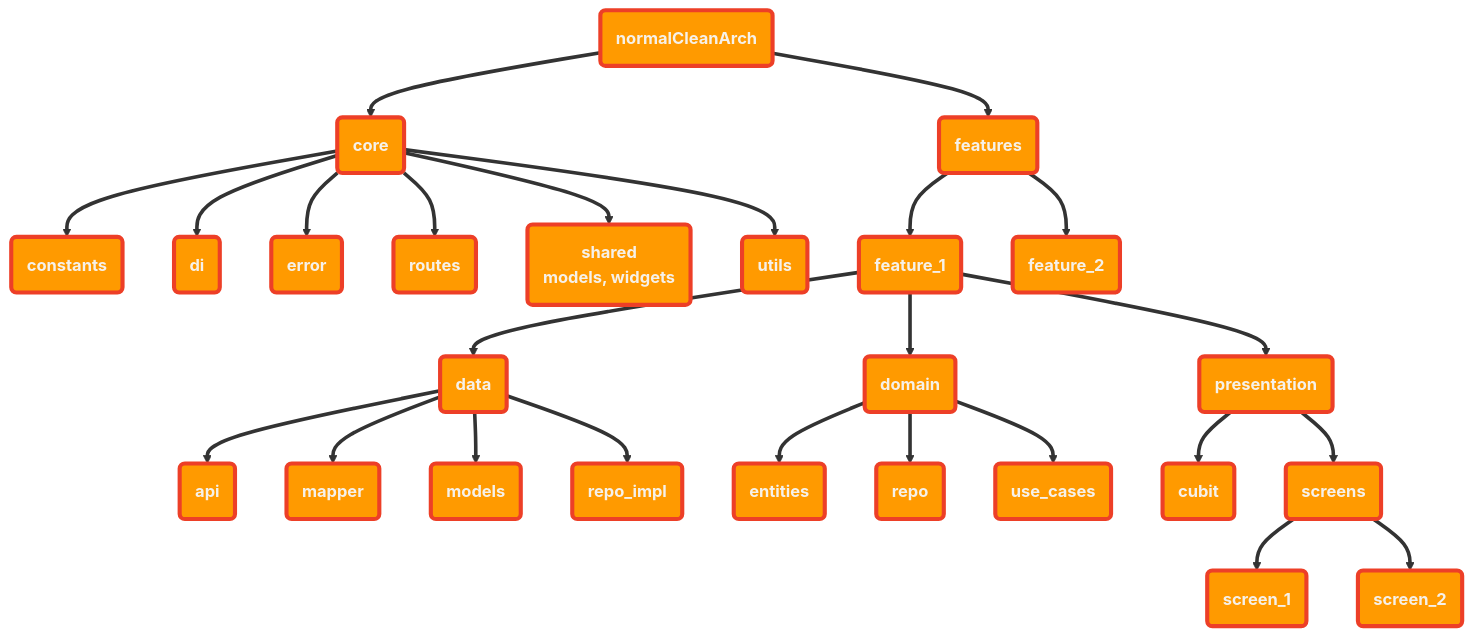
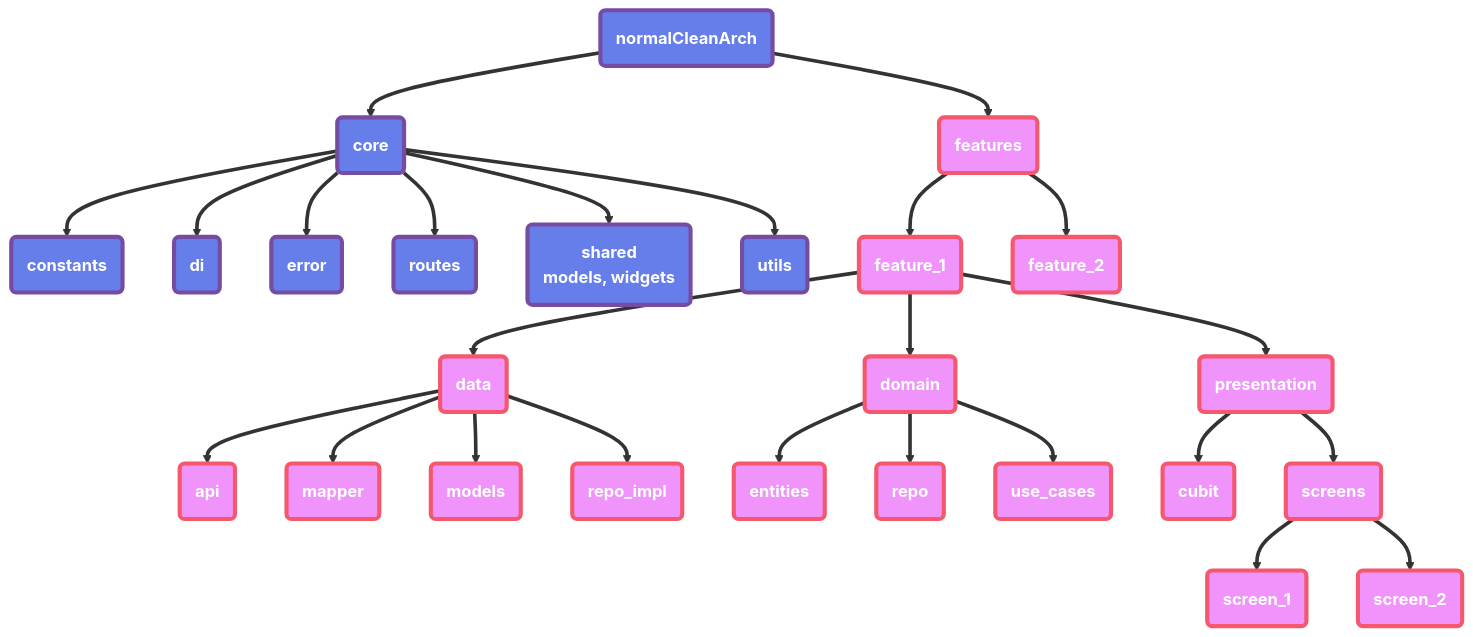
Before and after one commit to Mahm0udbakir/clean_arch: the diagram in README.md, drawn with Mermaid. The commit also changed other lines of this file, not shown here.

Commit message:
Enhance README.md by adding detailed project description, installation instructions, usage guidelines, features overview, contributing guidelines, and contact information, improving overall documentation clarity and usability.

````diff
--- a/README.md
+++ b/README.md
@@ -5,36 +56,36 @@
 ```mermaid
 graph TD
     A(normalCleanArch) ==> B(core)
     A ==> C(features)
 
     B ==> B1(constants)
     B ==> B2(di)
     B ==> B3(error)
     B ==> B4(routes)
     B ==> B5("shared<br/>models, widgets")
     B ==> B6(utils)
 
     C ==> C1(feature_1)
     C1 ==> C1a(data)
     C1a ==> C1a1(api)
     C1a ==> C1a2(mapper)
     C1a ==> C1a3(models)
     C1a ==> C1a4(repo_impl)
     C1 ==> C1b(domain)
     C1b ==> C1b1(entities)
     C1b ==> C1b2(repo)
     C1b ==> C1b3(use_cases)
     C1 ==> C1c(presentation)
     C1c ==> C1c1(cubit)
     C1c ==> C1c2(screens)
     C1c2 ==> C1c2a(screen_1)
     C1c2 ==> C1c2b(screen_2)
 
     C ==> C2(feature_2)
 
-    classDef core fill:#FF9A00,stroke:#ED3F27,stroke-width:4px,color:#F6F1E9,font-weight:bold;
-    classDef features fill:#FF9A00,stroke:#ED3F27,stroke-width:4px,color:#F6F1E9,font-weight:bold;
-    classDef lib fill:#FF9A00,stroke:#ED3F27,stroke-width:4px,color:#F6F1E9,font-weight:bold;
+    classDef core fill:#667eea,stroke:#764ba2,stroke-width:4px,color:#ffffff,font-weight:bold;
+    classDef features fill:#f093fb,stroke:#f5576c,stroke-width:4px,color:#ffffff,font-weight:bold;
+    classDef lib fill:#4facfe,stroke:#00f2fe,stroke-width:4px,color:#ffffff,font-weight:bold;
     class A,B,B1,B2,B3,B4,B5,B6 core;
     class C,C1,C1a,C1a1,C1a2,C1a3,C1a4,C1b,C1b1,C1b2,C1b3,C1c,C1c1,C1c2,C1c2a,C1c2b,C2 features;
 ```
````
